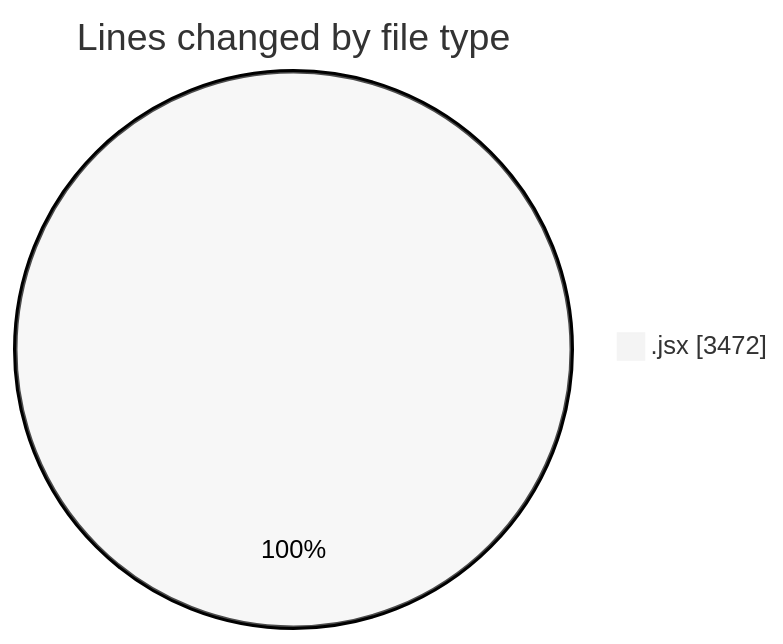
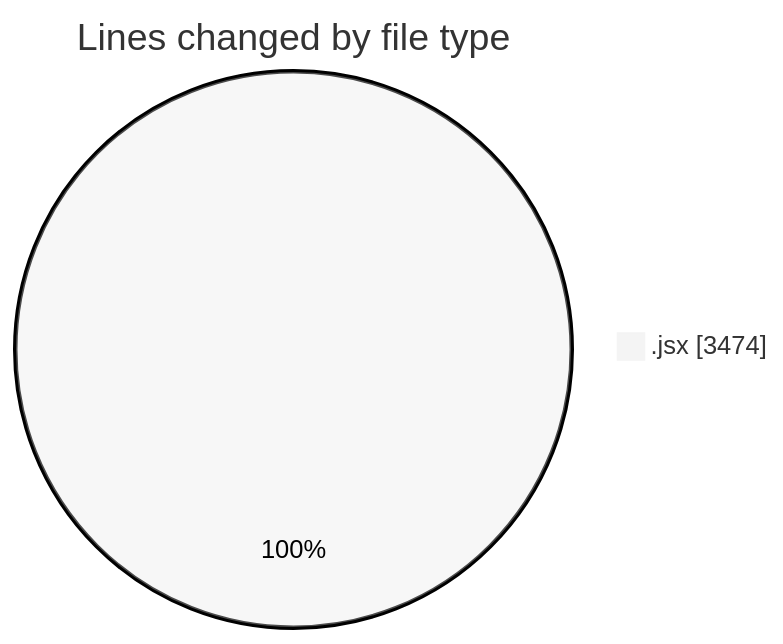
One commit to nxtqubesakshisongat/code-tracking changed the first of 2 diagrams in 2025-10-14/nxtqube_webapp/README.md. Above: the diagram before and after it, drawn with Mermaid (neutral theme). The commit also changed other lines of this file and 1 other file, not shown here.

````diff
--- a/2025-10-14/nxtqube_webapp/README.md
+++ b/2025-10-14/nxtqube_webapp/README.md
@@ -21,5 +21,5 @@
 ```mermaid
 pie showData
 title Lines changed by file type
-".jsx" : 3472
+".jsx" : 3474
 ```
````
